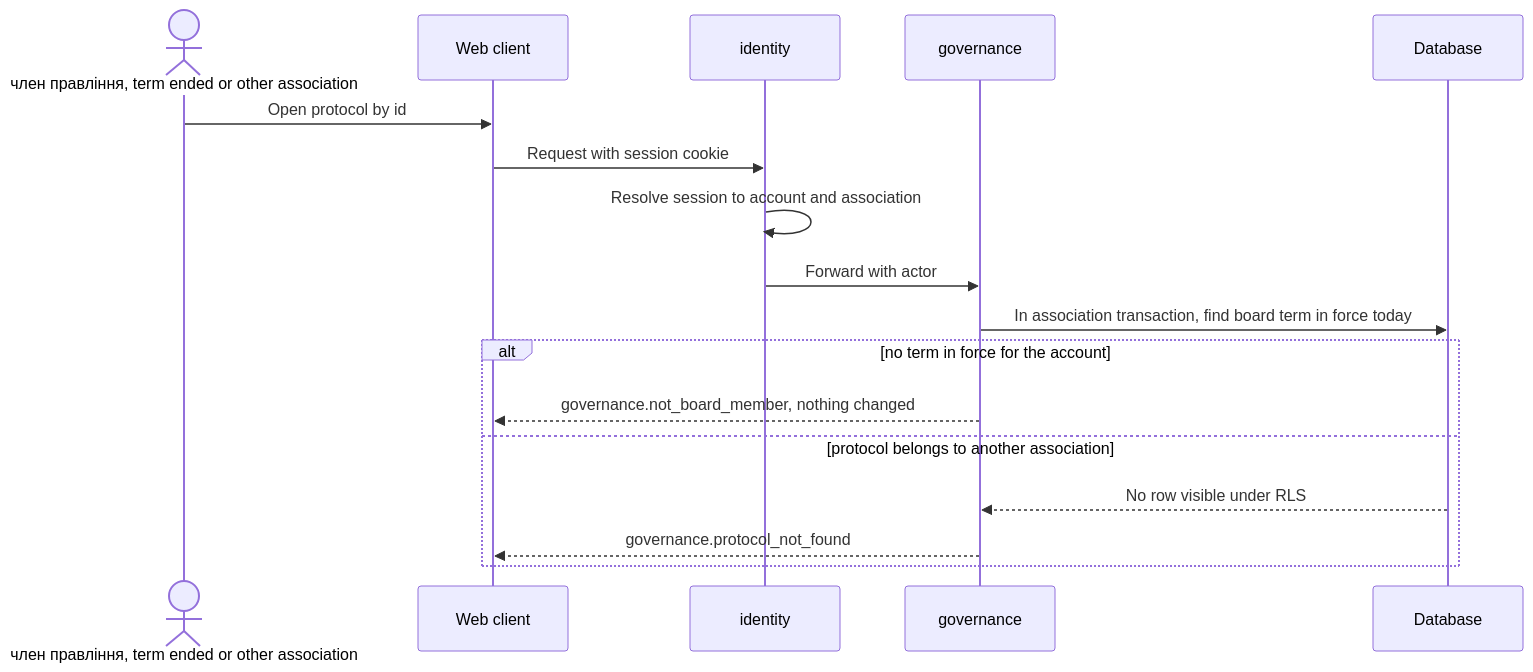
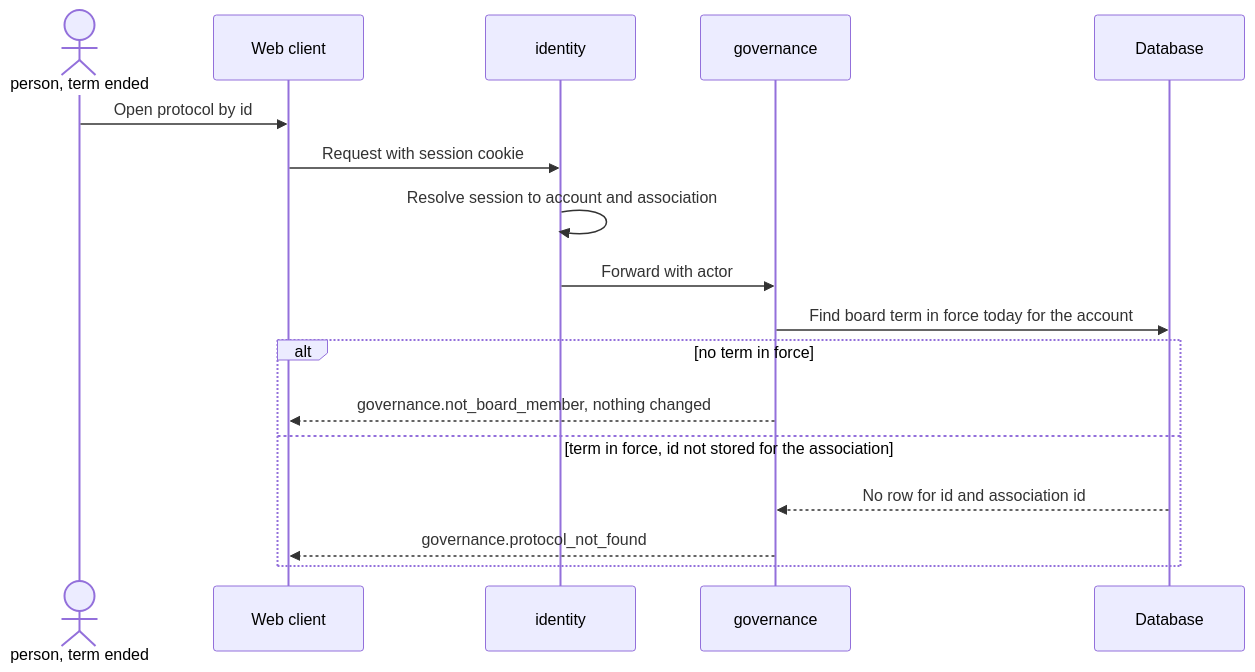
Diagram 12 of 13 in docs/features/board-protocol/sad.ao-architecture.md (AndriiOpryshko/spilno), drawn with Mermaid before and after one commit. The commit also changed other lines of this file and 21 other files, not shown here.

First line of the commit message:
board-protocol: align ao-architecture SAD with Stage 1 scope and the shared decisions

````diff
--- a/docs/features/board-protocol/sad.ao-architecture.md
+++ b/docs/features/board-protocol/sad.ao-architecture.md
@@ -387,19 +469,19 @@
 ```mermaid
 sequenceDiagram
-    actor P as член правління, term ended or other association
+    actor P as person, term ended
     participant web as Web client
     participant idn as identity
     participant gov as governance
     participant db as Database
     P->>web: Open protocol by id
     web->>idn: Request with session cookie
     idn->>idn: Resolve session to account and association
     idn->>gov: Forward with actor
-    gov->>db: In association transaction, find board term in force today
-    alt no term in force for the account
+    gov->>db: Find board term in force today for the account
+    alt no term in force
         gov-->>web: governance.not_board_member, nothing changed
-    else protocol belongs to another association
-        db-->>gov: No row visible under RLS
+    else term in force, id not stored for the association
+        db-->>gov: No row for id and association id
         gov-->>web: governance.protocol_not_found
     end
 ```
````
